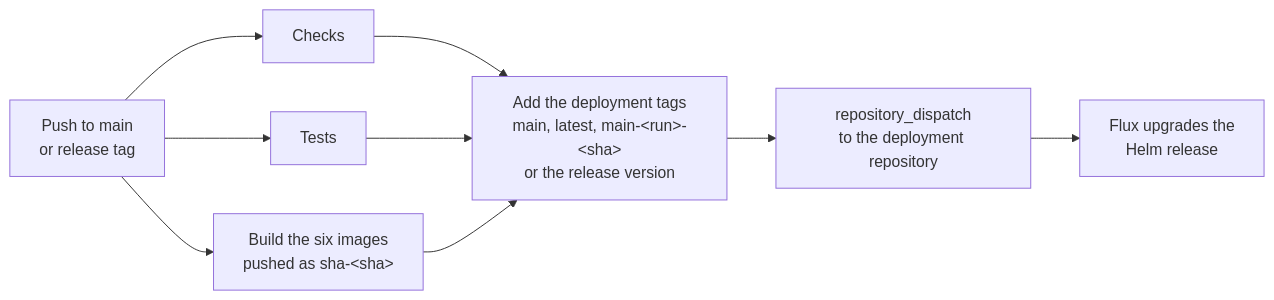
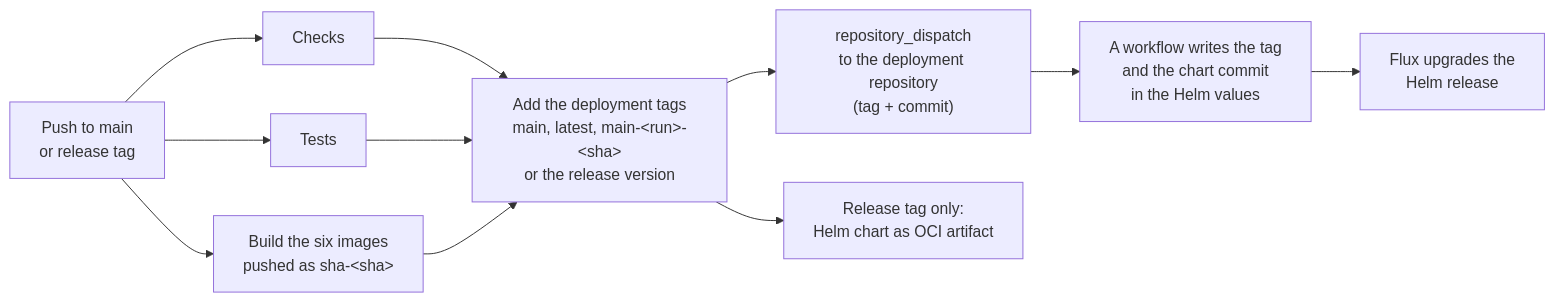
Before and after one commit to bayesimpact/bayes-platform: the third of 3 diagrams in docs/architecture.md, drawn with Mermaid. The commit also changed other lines of this file and 2 other files, not shown here.

First line of the commit message:
docs: describe the current deployment flow

````diff
--- a/docs/architecture.md
+++ b/docs/architecture.md
@@ -156,11 +157,13 @@
 ```mermaid
 flowchart LR
     PUSH["Push to main<br/>or release tag"] --> CHECKS["Checks"]
     PUSH --> TEST["Tests"]
     PUSH --> BUILD["Build the six images<br/>pushed as sha-&lt;sha&gt;"]
     CHECKS --> PUBLISH
     TEST --> PUBLISH
     BUILD --> PUBLISH["Add the deployment tags<br/>main, latest, main-&lt;run&gt;-&lt;sha&gt;<br/>or the release version"]
-    PUBLISH --> NOTIFY["repository_dispatch<br/>to the deployment repository"]
-    NOTIFY --> FLUX["Flux upgrades the<br/>Helm release"]
+    PUBLISH --> NOTIFY["repository_dispatch<br/>to the deployment repository<br/>(tag + commit)"]
+    PUBLISH --> CHART["Release tag only:<br/>Helm chart as OCI artifact"]
+    NOTIFY --> PR["A workflow writes the tag<br/>and the chart commit<br/>in the Helm values"]
+    PR --> FLUX["Flux upgrades the<br/>Helm release"]
 ```
````
